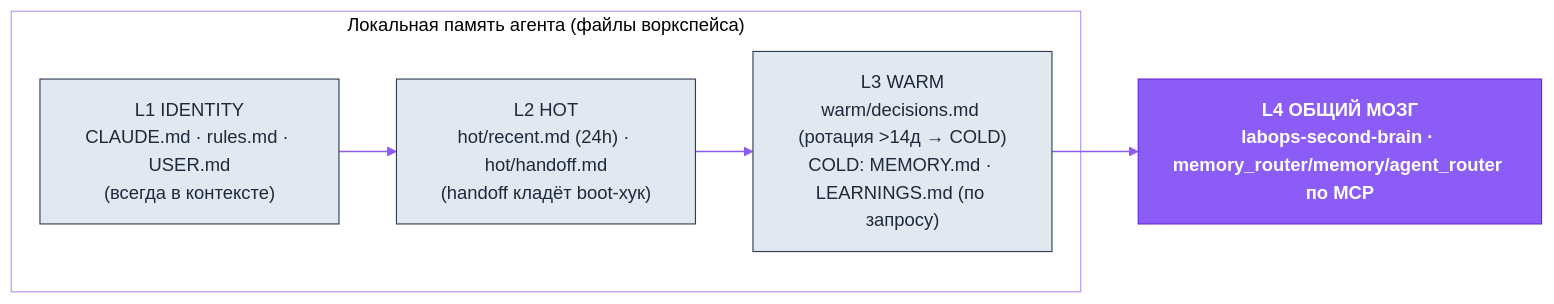
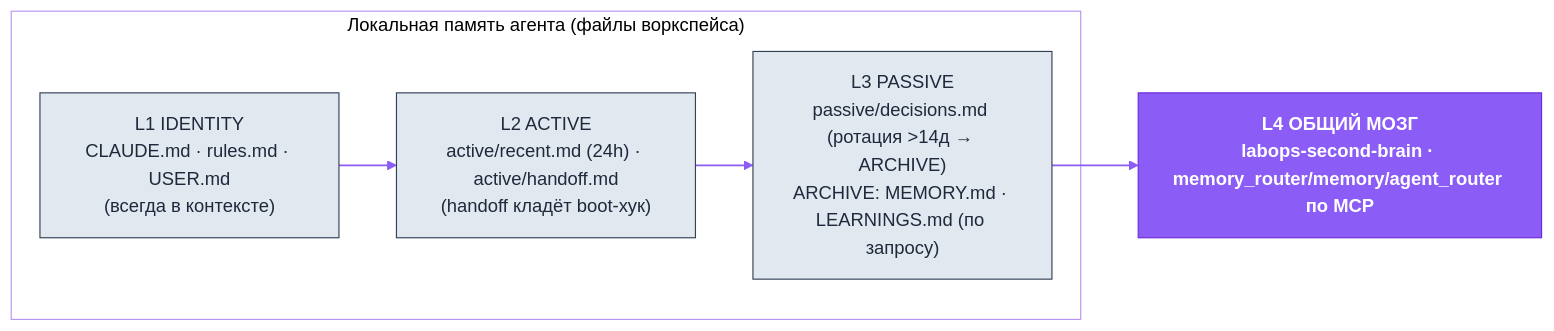
One commit to dediukhinpa/labops-ai-assistant changed the third of 4 diagrams in agent-architecture/README.ru.md. Above: the diagram before and after it, drawn with Mermaid. The commit also changed other lines of this file and 89 other files, not shown here.

First line of the commit message:
Phase 1: rename memory tiers hot/warm/cold -> active/passive/archive

````diff
--- a/agent-architecture/README.ru.md
+++ b/agent-architecture/README.ru.md
@@ -213,18 +213,18 @@
 ```mermaid
 %%{init: {'theme':'base','themeVariables':{'primaryColor':'#EDE9FE','primaryTextColor':'#4C1D95','primaryBorderColor':'#8B5CF6','lineColor':'#8B5CF6','secondaryColor':'#F1F5F9','tertiaryColor':'#ffffff','clusterBkg':'transparent','clusterBorder':'#B794F4','fontFamily':'Helvetica,Arial,sans-serif'}}}%%
 flowchart LR
   subgraph local["Локальная память агента (файлы воркспейса)"]
     L1["L1 IDENTITY<br/>CLAUDE.md · rules.md · USER.md<br/>(всегда в контексте)"]
-    L2["L2 HOT<br/>hot/recent.md (24h) · hot/handoff.md<br/>(handoff кладёт boot-хук)"]
-    L3["L3 WARM<br/>warm/decisions.md (ротация >14д → COLD)<br/>COLD: MEMORY.md · LEARNINGS.md (по запросу)"]
+    L2["L2 ACTIVE<br/>active/recent.md (24h) · active/handoff.md<br/>(handoff кладёт boot-хук)"]
+    L3["L3 PASSIVE<br/>passive/decisions.md (ротация >14д → ARCHIVE)<br/>ARCHIVE: MEMORY.md · LEARNINGS.md (по запросу)"]
   end
   L4["L4 ОБЩИЙ МОЗГ<br/>labops-second-brain · memory_router/memory/agent_router по MCP"]
   L1 --> L2 --> L3 --> L4
   classDef brand fill:#8B5CF6,stroke:#6D28D9,color:#ffffff,font-weight:bold
   classDef ext fill:#CCFBF1,stroke:#0D9488,color:#0F766E
   classDef store fill:#FEF3C7,stroke:#D97706,color:#92400E
   classDef sys fill:#E2E8F0,stroke:#334155,color:#1E293B
   linkStyle default stroke:#8B5CF6,stroke-width:1.5px
   class L4 brand
   class L1,L2,L3 sys
 ```
````
